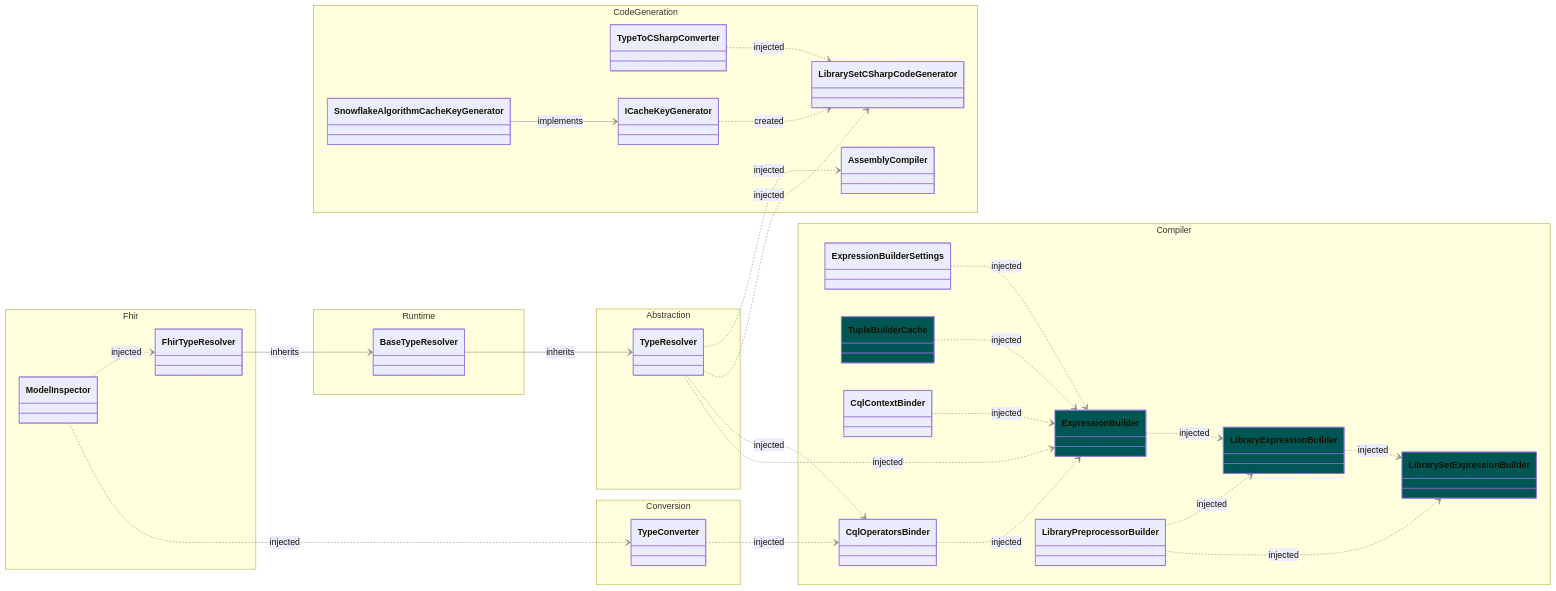
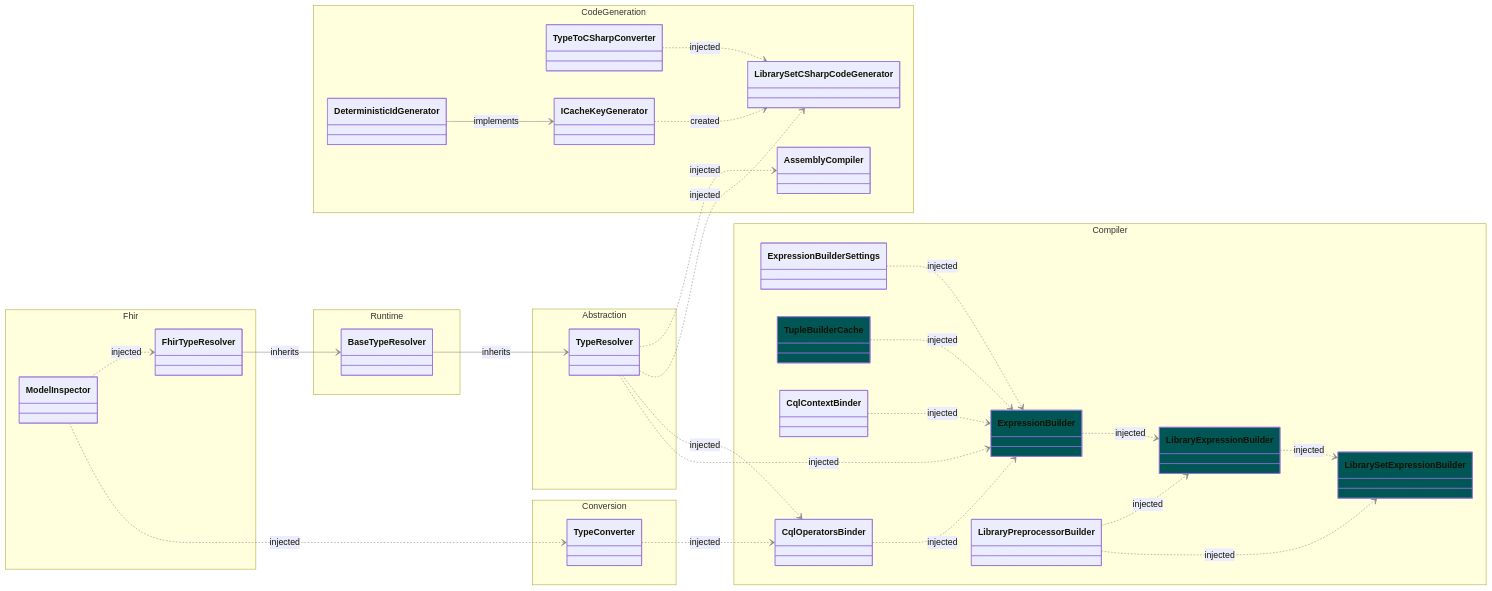
One commit to kairo-x26/firely-cql-sdk changed the first of 3 diagrams in docs/dependency-diagrams.md. Above: the diagram before and after it, drawn with Mermaid. The commit also changed 4 other files, not shown here.

Commit message:
Replace Snowflake algorithm with deterministic SHA256-based cache key generator

````diff
--- a/docs/dependency-diagrams.md
+++ b/docs/dependency-diagrams.md
@@ -16,82 +16,82 @@
 ```mermaid
 %%{init: {
     'themeVariables':{  
       'lineColor': '#888',
       'lineWidth': 4
 }}}%%
 
 classDiagram
 
     direction LR
 
     namespace Compiler {
         class LibrarySetExpressionBuilder { }    
         class LibraryExpressionBuilder { }    
         class ExpressionBuilder { }    
         class ExpressionBuilderSettings { }    
         class TupleBuilderCache { }
         class CqlContextBinder { }
         class CqlOperatorsBinder { }       
         class LibraryPreprocessorBuilder { }
     }
 
     namespace CodeGeneration {
         class TypeToCSharpConverter { }
         class LibrarySetCSharpCodeGenerator { }
         class AssemblyCompiler { }
         class ICacheKeyGenerator { }
-        class SnowflakeAlgorithmCacheKeyGenerator { }
+        class DeterministicIdGenerator { }
     }
 
     namespace Abstraction {
         class TypeResolver { }
     }
 
     namespace Runtime {
         class BaseTypeResolver { }
     }
 
     namespace Fhir {
         class FhirTypeResolver { }
         class ModelInspector { }
     }
 
     namespace Conversion {
         class TypeConverter { }
     }
 
     %% Style Scoped Types as Cyan
     style LibrarySetExpressionBuilder fill:#055
     style LibraryExpressionBuilder fill:#055
     style ExpressionBuilder fill:#055
     style TupleBuilderCache fill:#055
     
     %% Inheritance  
     BaseTypeResolver --> TypeResolver : inherits
     FhirTypeResolver --> BaseTypeResolver : inherits
-    SnowflakeAlgorithmCacheKeyGenerator --> ICacheKeyGenerator : implements
+    DeterministicIdGenerator --> ICacheKeyGenerator : implements
     
     %% Dependencies                                                 
     LibraryExpressionBuilder ..> LibrarySetExpressionBuilder : injected
     LibraryPreprocessorBuilder ..> LibrarySetExpressionBuilder : injected
     ExpressionBuilder ..> LibraryExpressionBuilder : injected
     LibraryPreprocessorBuilder ..> LibraryExpressionBuilder : injected
 
     TypeResolver ..> ExpressionBuilder : injected
     CqlOperatorsBinder ..> ExpressionBuilder : injected
     TupleBuilderCache ..> ExpressionBuilder : injected
     CqlContextBinder ..> ExpressionBuilder : injected
     ExpressionBuilderSettings ..> ExpressionBuilder : injected
 
     TypeResolver ..> CqlOperatorsBinder : injected
     TypeConverter ..> CqlOperatorsBinder : injected
 
     ModelInspector ..> TypeConverter : injected  
     ModelInspector ..> FhirTypeResolver : injected  
 
     TypeToCSharpConverter ..> LibrarySetCSharpCodeGenerator : injected
     TypeResolver ..> LibrarySetCSharpCodeGenerator : injected
     ICacheKeyGenerator ..> LibrarySetCSharpCodeGenerator : created
 
     TypeResolver ..> AssemblyCompiler : injected
 ```
````
